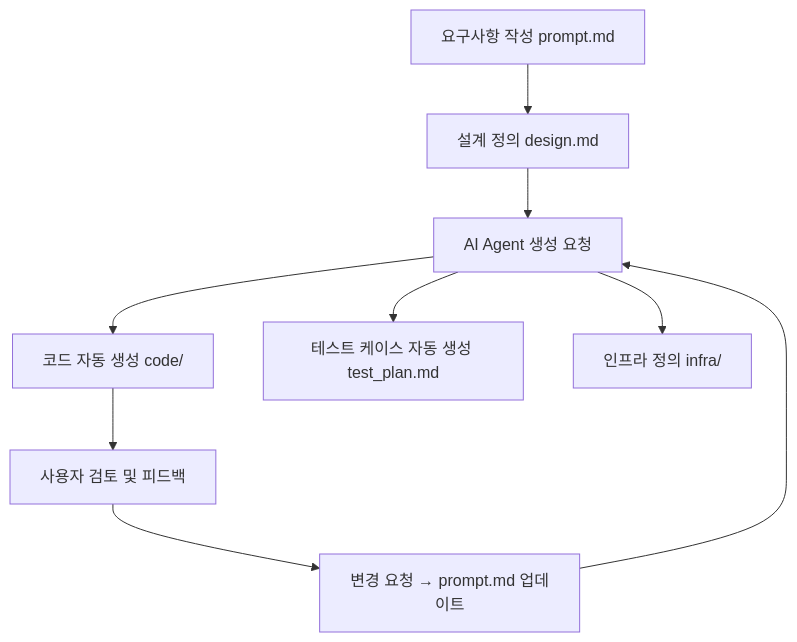
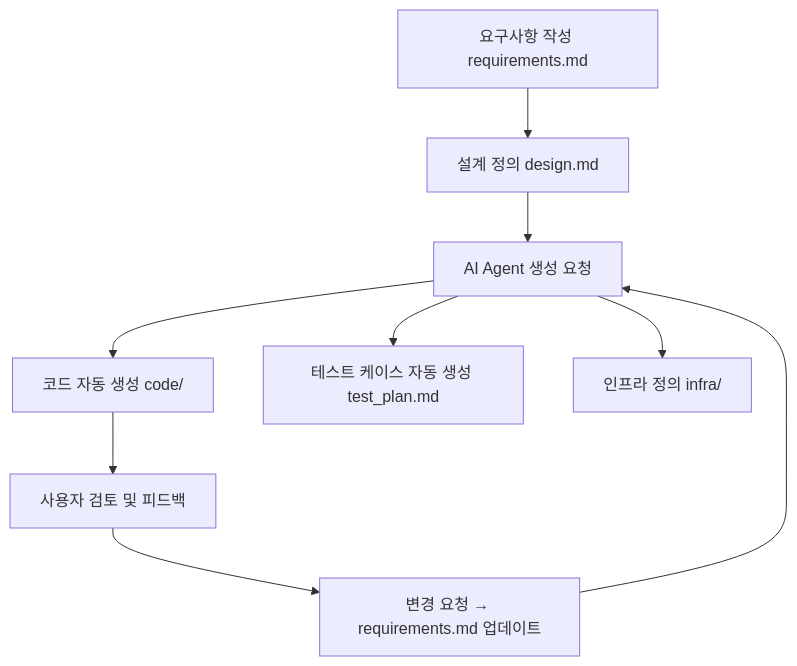
Before and after one commit to jaehwang/agentic_dev: the diagram in CaD.md, drawn with Mermaid. The commit also changed other lines of this file and 9 other files, not shown here.

Commit message:
의미를 명확히 하기 위해 prompt.md를 requirements.md로 수정

````diff
--- a/CaD.md
+++ b/CaD.md
@@ -30,11 +30,11 @@
 ```mermaid
 graph TD
-    AA[요구사항 작성 prompt.md] --> B[설계 정의 design.md]
+    AA[요구사항 작성 requirements.md] --> B[설계 정의 design.md]
     B --> C[AI Agent 생성 요청]
     C --> D[코드 자동 생성 code/]
     C --> E[테스트 케이스 자동 생성 test_plan.md]
     C --> F[인프라 정의 infra/]
     D --> G[사용자 검토 및 피드백]
-    G --> H[변경 요청 → prompt.md 업데이트]
+    G --> H[변경 요청 → requirements.md 업데이트]
     H --> C
 ```
````
